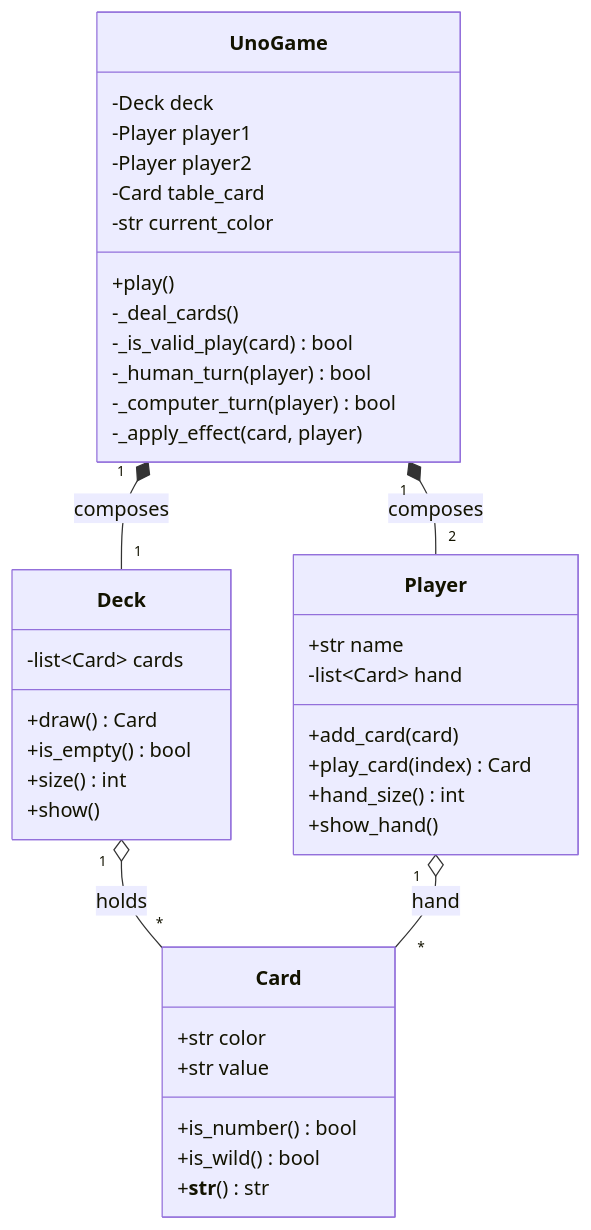
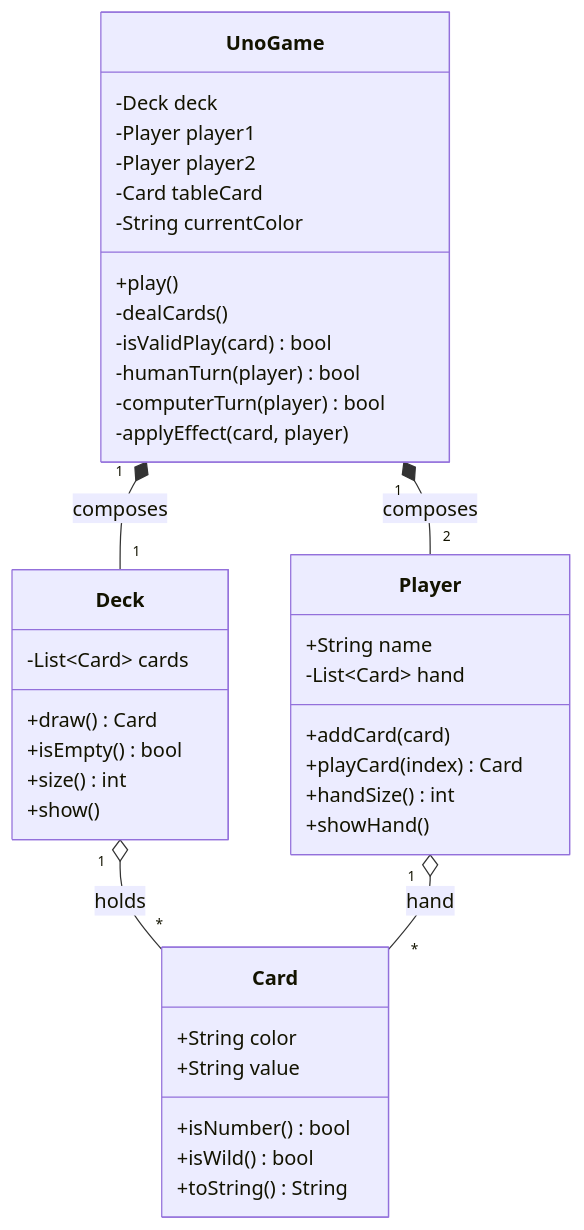
One commit to dvargas-ai/uno-poo changed the diagram in README.md. Above: the diagram before and after it, drawn with Mermaid. The commit also changed other lines of this file and 20 other files, not shown here.

````diff
--- a/README.md
+++ b/README.md
@@ -88,46 +99,46 @@
 ```mermaid
 classDiagram
     class Card {
-        +str color
-        +str value
-        +is_number() bool
-        +is_wild() bool
-        +__str__() str
+        +String color
+        +String value
+        +isNumber() bool
+        +isWild() bool
+        +toString() String
     }
 
     class Deck {
-        -list~Card~ cards
+        -List~Card~ cards
         +draw() Card
-        +is_empty() bool
+        +isEmpty() bool
         +size() int
         +show()
     }
 
     class Player {
-        +str name
-        -list~Card~ hand
-        +add_card(card)
-        +play_card(index) Card
-        +hand_size() int
-        +show_hand()
+        +String name
+        -List~Card~ hand
+        +addCard(card)
+        +playCard(index) Card
+        +handSize() int
+        +showHand()
     }
 
     class UnoGame {
         -Deck deck
         -Player player1
         -Player player2
-        -Card table_card
-        -str current_color
+        -Card tableCard
+        -String currentColor
         +play()
-        -_deal_cards()
-        -_is_valid_play(card) bool
-        -_human_turn(player) bool
-        -_computer_turn(player) bool
-        -_apply_effect(card, player)
+        -dealCards()
+        -isValidPlay(card) bool
+        -humanTurn(player) bool
+        -computerTurn(player) bool
+        -applyEffect(card, player)
     }
 
     UnoGame "1" *-- "1" Deck : composes
     UnoGame "1" *-- "2" Player : composes
     Deck "1" o-- "*" Card : holds
     Player "1" o-- "*" Card : hand
 ```
````
